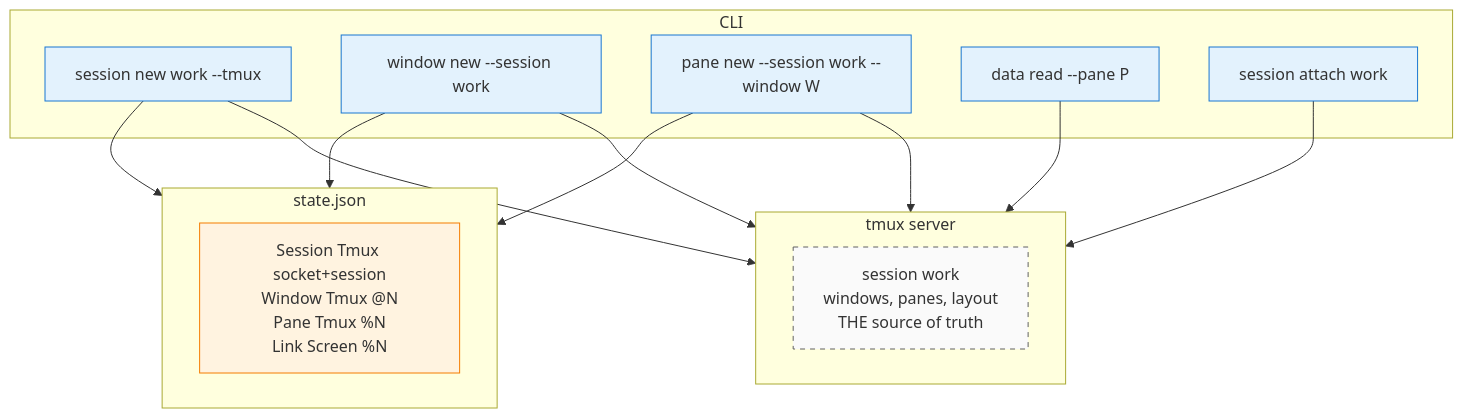
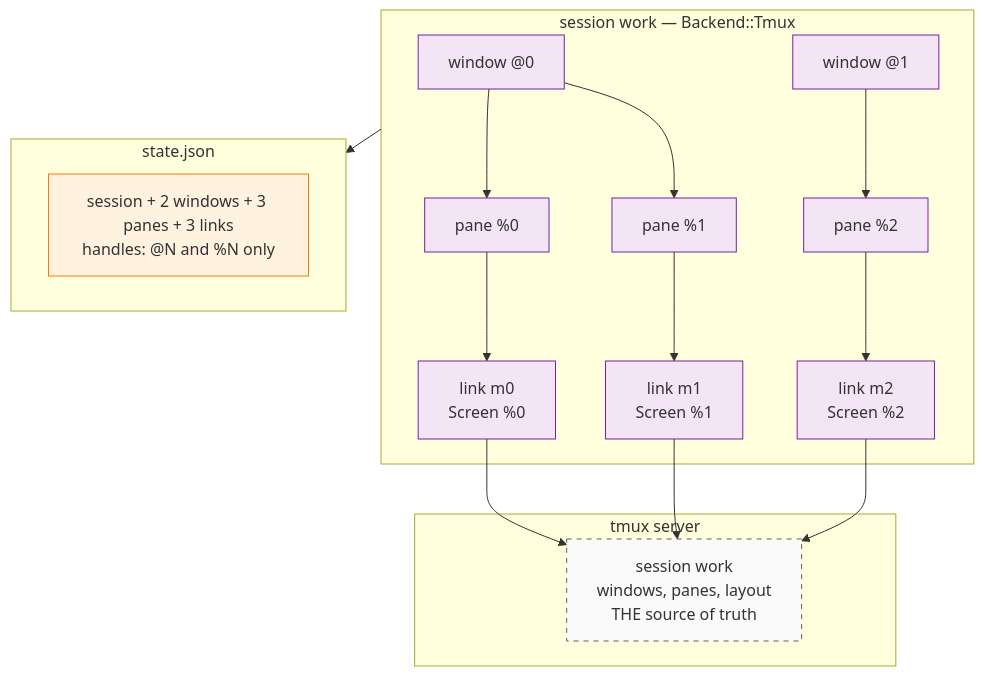
One commit to xiaoshan1234/xscore changed the second of 4 diagrams in doc/dev/arch/arch.md. Above: the diagram before and after it, drawn with Mermaid. The commit also changed other lines of this file, not shown here.

First line of the commit message:
docs(arch): a session is a container, not a viewport

````diff
--- a/doc/dev/arch/arch.md
+++ b/doc/dev/arch/arch.md
@@ -240,34 +288,39 @@
 ```mermaid
 graph TB
-    subgraph CLI["CLI"]
-        T1["session new work --tmux"]
-        T2["window new --session work"]
-        T3["pane new --session work --window W"]
-        T4["data read --pane P"]
-        T5["session attach work"]
+    subgraph SESS["session work — Backend::Tmux"]
+        W0["window @0"]
+        W1["window @1"]
+        Q0["pane %0"]
+        Q1["pane %1"]
+        Q2["pane %2"]
+        M0["link m0<br/>Screen %0"]
+        M1["link m1<br/>Screen %1"]
+        M2["link m2<br/>Screen %2"]
+        W0 --> Q0
+        W0 --> Q1
+        W1 --> Q2
+        Q0 --> M0
+        Q1 --> M1
+        Q2 --> M2
     end
 
     subgraph ST["state.json"]
-        TS["Session Tmux socket+session<br/>Window Tmux @N<br/>Pane Tmux %N<br/>Link Screen %N"]
+        TS["session + 2 windows + 3 panes + 3 links<br/>handles: @N and %N only"]
     end
 
     subgraph TM["tmux server"]
         TMS["session work<br/>windows, panes, layout<br/>THE source of truth"]
     end
 
-    T1 --> TM
-    T1 --> ST
-    T2 --> TM
-    T2 --> ST
-    T3 --> TM
-    T3 --> ST
-    T4 --> TM
-    T5 --> TM
+    SESS --> ST
+    M0 --> TMS
+    M1 --> TMS
+    M2 --> TMS
 
-    classDef cli fill:#e3f2fd,stroke:#1976d2
+    classDef sess fill:#f3e5f5,stroke:#7b1fa2
     classDef st fill:#fff3e0,stroke:#f57c00
     classDef ext fill:#fafafa,stroke:#616161,stroke-dasharray: 5 5
-    class T1,T2,T3,T4,T5 cli
+    class W0,W1,Q0,Q1,Q2,M0,M1,M2 sess
     class TS st
     class TMS ext
 ```
````
